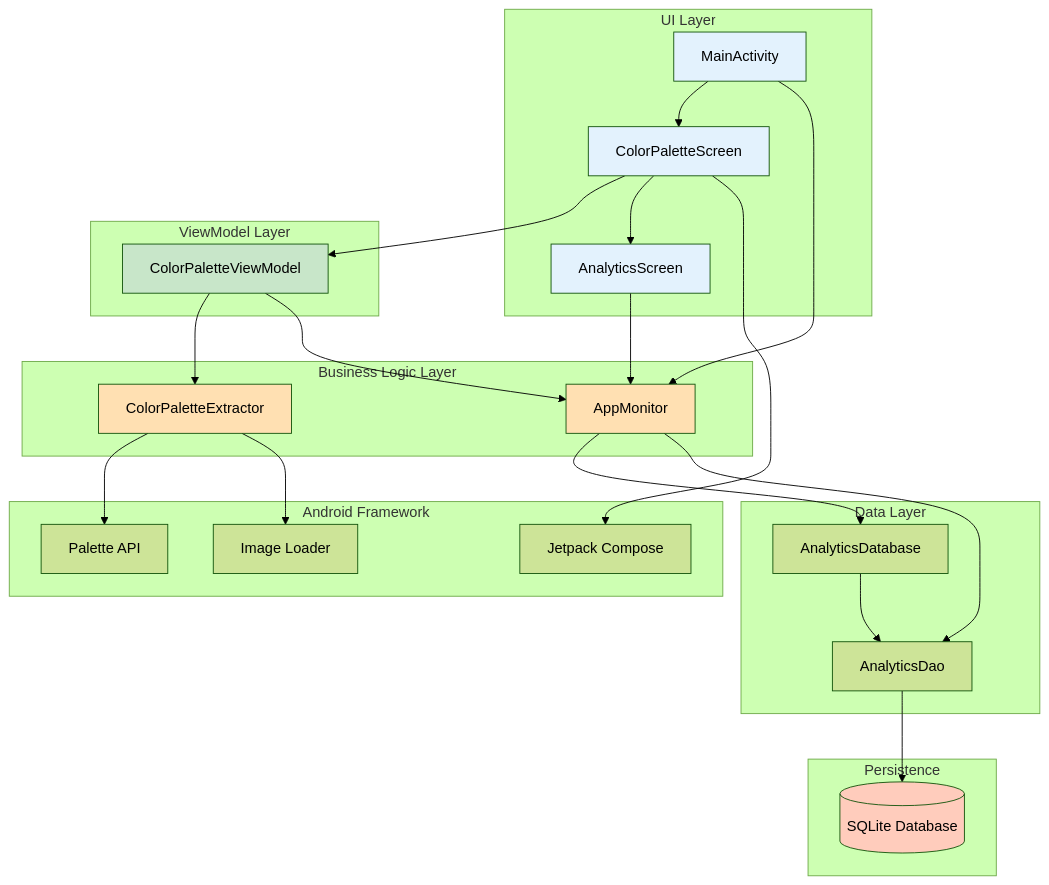
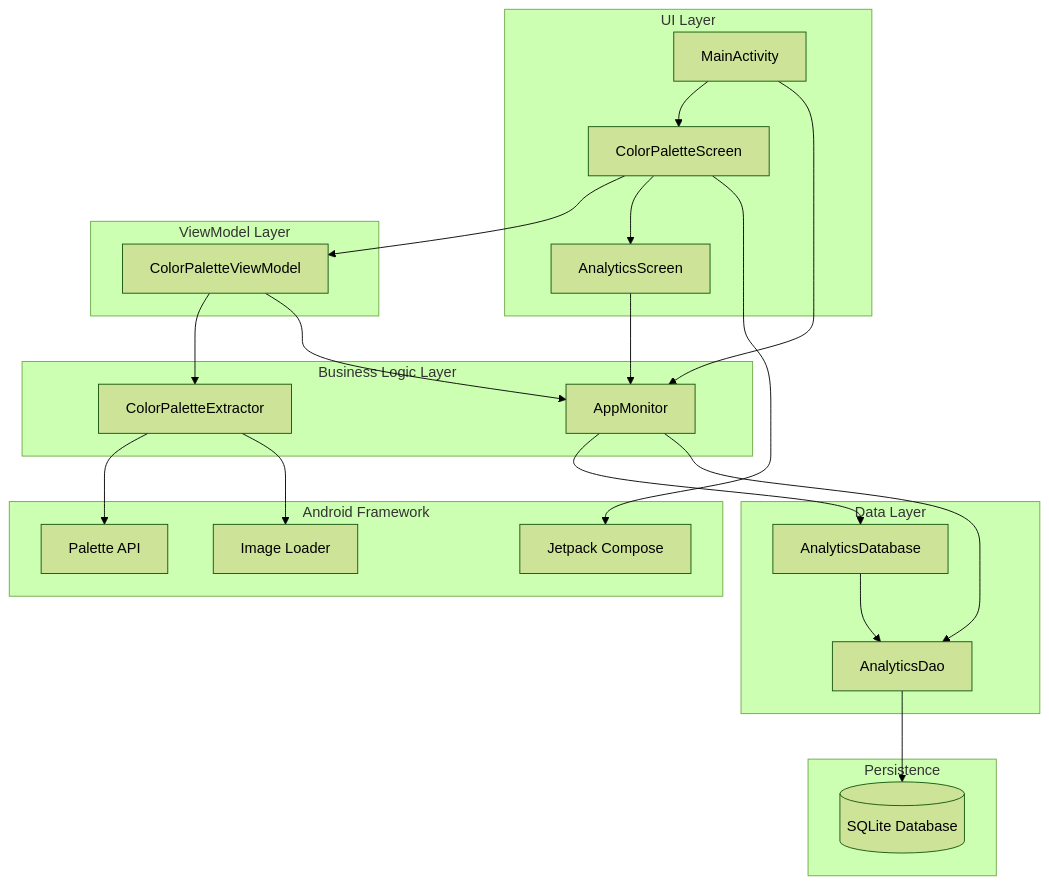
Before and after one commit to Midnat-t/PaletteColor: the eighth of 8 diagrams in DIAGRAMS_MERMAID.md, drawn with Mermaid (forest theme).

````diff
--- a/DIAGRAMS_MERMAID.md
+++ b/DIAGRAMS_MERMAID.md
@@ -412,60 +412,54 @@
 ```mermaid
 graph TB
     subgraph "UI Layer"
         MainActivity
         ColorPaletteScreen
         AnalyticsScreen
     end
     
     subgraph "ViewModel Layer"
         ColorPaletteViewModel
     end
     
     subgraph "Business Logic Layer"
         AppMonitor
         ColorPaletteExtractor
     end
     
     subgraph "Data Layer"
         AnalyticsDatabase
         AnalyticsDao
     end
     
     subgraph "Persistence"
         RoomDB[(SQLite Database)]
     end
     
     subgraph "Android Framework"
         PaletteAPI[Palette API]
         Coil[Image Loader]
         Compose[Jetpack Compose]
     end
     
     MainActivity --> ColorPaletteScreen
     MainActivity --> AppMonitor
     ColorPaletteScreen --> ColorPaletteViewModel
     ColorPaletteScreen --> AnalyticsScreen
     ColorPaletteScreen --> Compose
     
     AnalyticsScreen --> AppMonitor
     
     ColorPaletteViewModel --> ColorPaletteExtractor
     ColorPaletteViewModel --> AppMonitor
     
     ColorPaletteExtractor --> PaletteAPI
     ColorPaletteExtractor --> Coil
     
     AppMonitor --> AnalyticsDatabase
     AppMonitor --> AnalyticsDao
     
     AnalyticsDatabase --> AnalyticsDao
     AnalyticsDao --> RoomDB
     
-    style MainActivity fill:#E3F2FD
-    style ColorPaletteScreen fill:#E3F2FD
-    style AnalyticsScreen fill:#E3F2FD
-    style ColorPaletteViewModel fill:#C8E6C9
-    style AppMonitor fill:#FFE0B2
-    style ColorPaletteExtractor fill:#FFE0B2
-    style RoomDB fill:#FFCCBC
+
 ```
````
